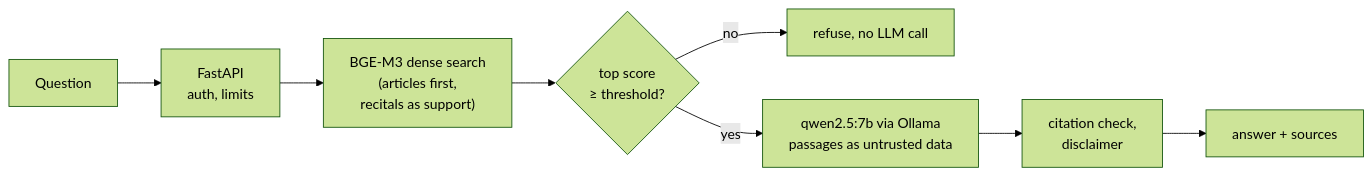
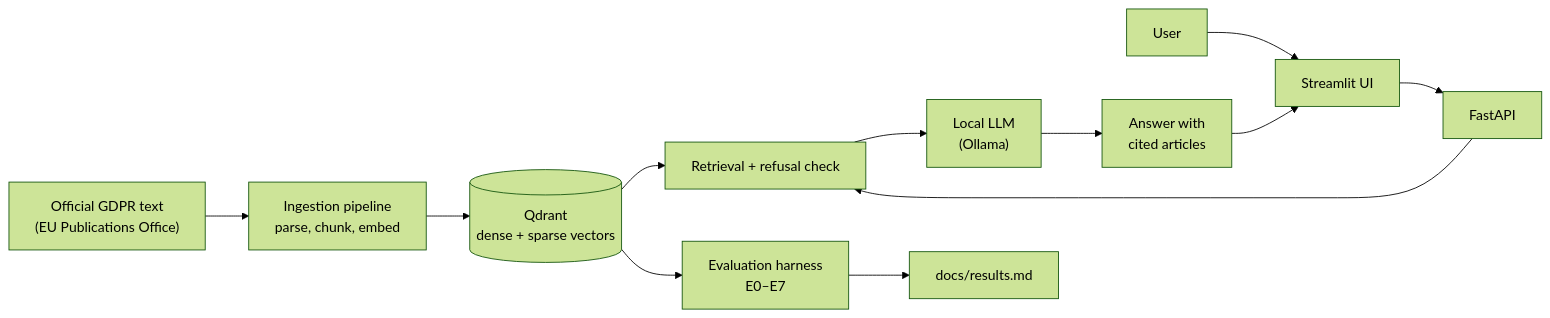
One commit to asmaelhadj/EuroLex-RAG changed the first of 4 diagrams in README.md. Above: the diagram before and after it, drawn with Mermaid (forest theme). The commit also changed other lines of this file, not shown here.

Commit message:
Add overview and detailed architecture diagrams to the README

````diff
--- a/README.md
+++ b/README.md
@@ -40,10 +42,12 @@
 ```mermaid
 flowchart LR
-    Q["Question"] --> API["FastAPI<br/>auth, limits"]
-    API --> R["BGE-M3 dense search<br/>(articles first,<br/>recitals as support)"]
-    R --> T{"top score<br/>≥ threshold?"}
-    T -- no --> X["refuse, no LLM call"]
-    T -- yes --> L["qwen2.5:7b via Ollama<br/>passages as untrusted data"]
-    L --> C["citation check,<br/>disclaimer"]
-    C --> A["answer + sources"]
+    DOC["Official GDPR text<br/>(EU Publications Office)"] --> ING["Ingestion pipeline<br/>parse, chunk, embed"]
+    ING --> QD[("Qdrant<br/>dense + sparse vectors")]
+    USER["User"] --> UI["Streamlit UI"] --> API["FastAPI"]
+    API --> SE["Retrieval + refusal check"]
+    QD --> SE
+    SE --> LLM["Local LLM<br/>(Ollama)"]
+    LLM --> RESP["Answer with<br/>cited articles"]
+    RESP --> UI
+    QD --> EVAL["Evaluation harness<br/>E0–E7"] --> RES["docs/results.md"]
 ```
````
